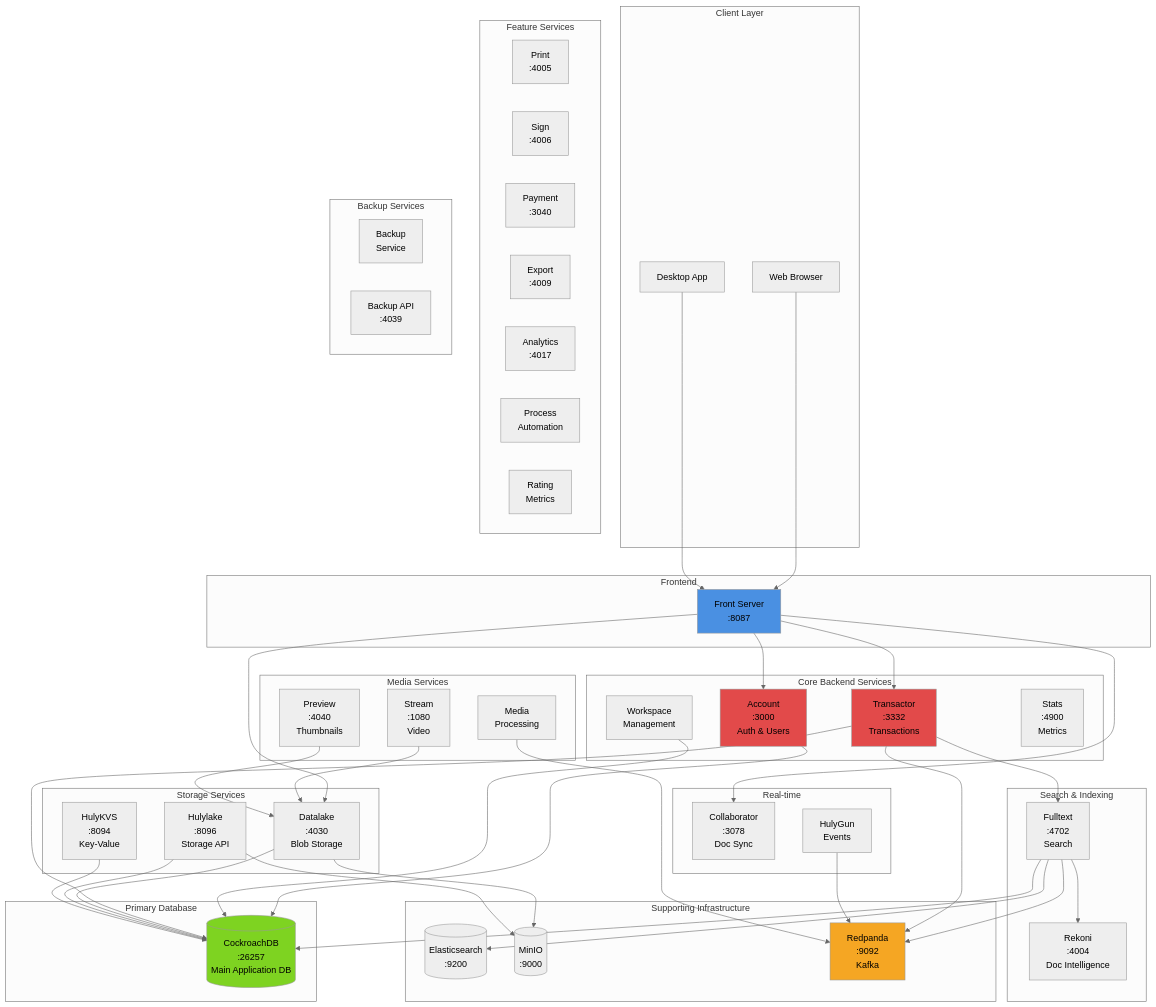
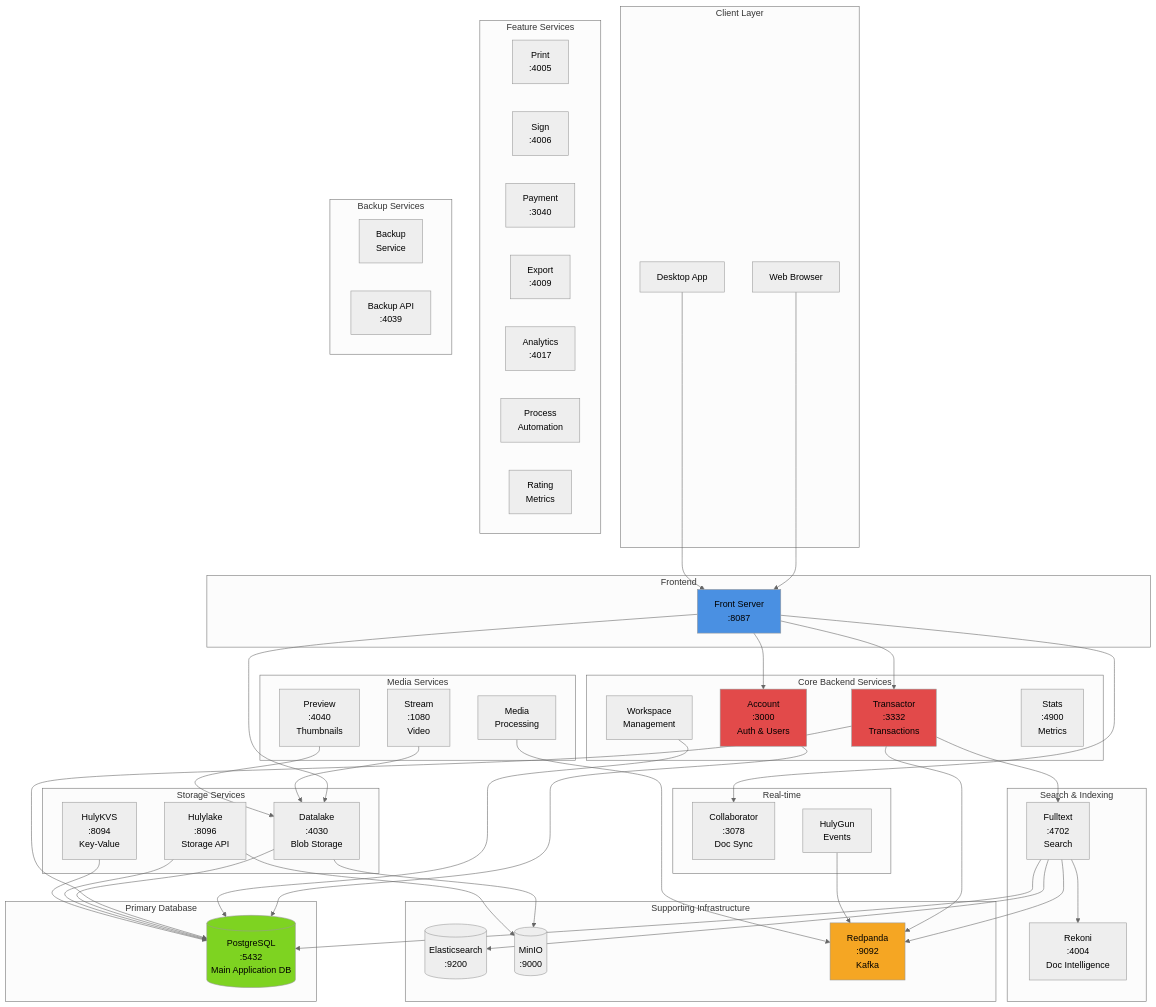
The first of 4 diagrams in ARCHITECTURE_OVERVIEW.md (TraceX-dev/TraceX), drawn with Mermaid (neutral theme) before and after one commit. The commit also changed other lines of this file and 177 other files, not shown here.

````diff
--- a/ARCHITECTURE_OVERVIEW.md
+++ b/ARCHITECTURE_OVERVIEW.md
@@ -153,7 +153,7 @@
     end
     
     subgraph "Primary Database"
-        CockroachDB[(CockroachDB<br/>:26257<br/>Main Application DB)]
+        PostgreSQL[(PostgreSQL<br/>:5432<br/>Main Application DB)]
     end
     
     subgraph "Supporting Infrastructure"
@@ -170,20 +170,20 @@
     Front --> Collaborator
     Front --> Datalake
     
-    Account --> CockroachDB
-    Workspace --> CockroachDB
-    Transactor --> CockroachDB
+    Account --> PostgreSQL
+    Workspace --> PostgreSQL
+    Transactor --> PostgreSQL
     Transactor --> Redpanda
     Transactor --> Fulltext
     
-    Datalake --> CockroachDB
+    Datalake --> PostgreSQL
     Datalake --> Minio
-    Hulylake --> CockroachDB
+    Hulylake --> PostgreSQL
     Hulylake --> Minio
-    HulyKVS --> CockroachDB
+    HulyKVS --> PostgreSQL
     
     Fulltext --> Elasticsearch
-    Fulltext --> CockroachDB
+    Fulltext --> PostgreSQL
     Fulltext --> Rekoni
     Fulltext --> Redpanda
     
@@ -196,6 +196,6 @@
     style Front fill:#4A90E2
     style Account fill:#E24A4A
     style Transactor fill:#E24A4A
-    style CockroachDB fill:#7ED321
+    style PostgreSQL fill:#7ED321
     style Redpanda fill:#F5A623
 ```
````
